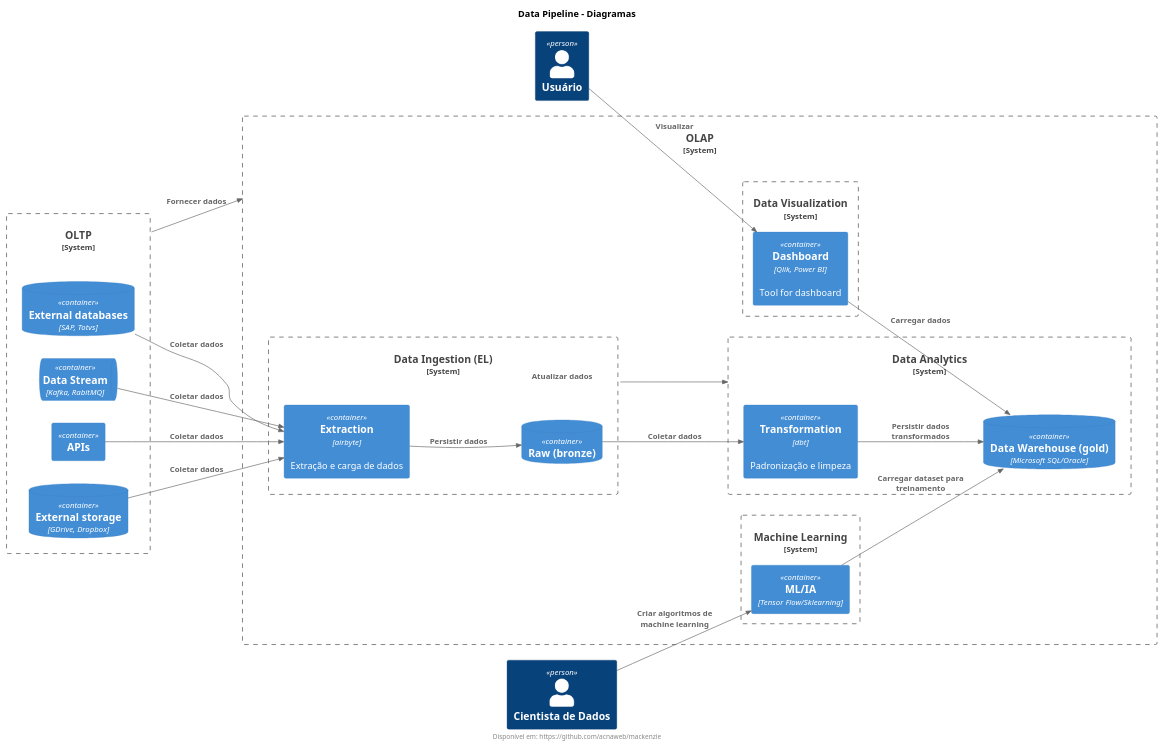
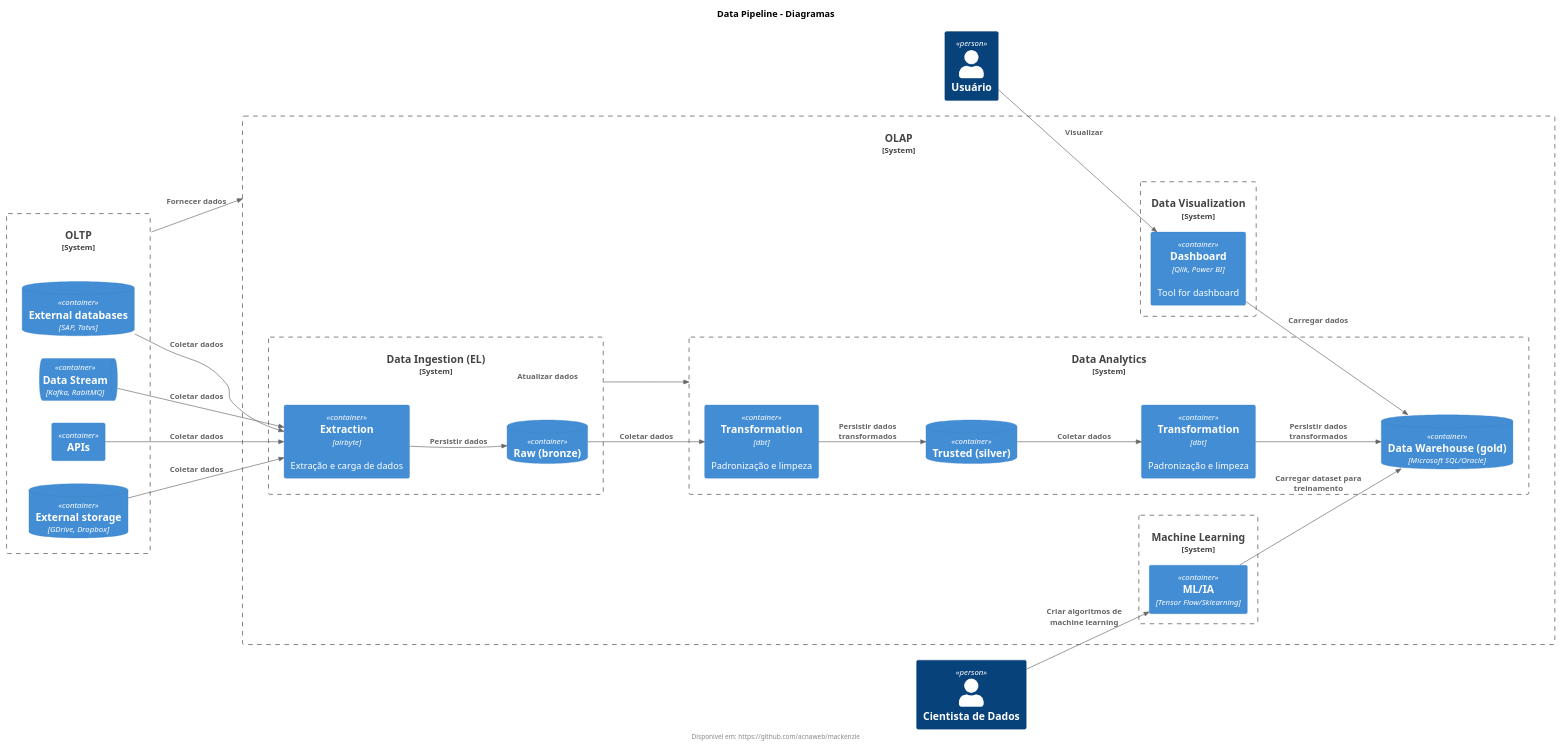
The diagram in diagrams/data_pipeline.wsd (acnaweb/mackenzie), drawn with PlantUML before and after one commit.

```diff
--- a/diagrams/data_pipeline.wsd
+++ b/diagrams/data_pipeline.wsd
@@ -1,58 +1,63 @@
 @startuml data_pipeline
 !include https://raw.githubusercontent.com/plantuml-stdlib/C4-PlantUML/master/C4_Container.puml
 title Data Pipeline - Diagramas
 footer Disponível em: https://github.com/acnaweb/mackenzie
-LAYOUT_LEFT_RIGHT()
+
+LAYOUT_LANDSCAPE()
 
 Person(user, "Usuário")
 Person(data_scientist, "Cientista de Dados")
 
 System_Boundary(olap, "OLAP") {
 
     System_Boundary(ml, "Machine Learning") {
         Container(ia, "ML/IA", "Tensor Flow/Sklearning", "")
     }
 
     System_Boundary(dataviz, "Data Visualization") {
         Container(dash, "Dashboard", "Qlik, Power BI", "Tool for dashboard")
     }
 
     System_Boundary(analytics, "Data Analytics") {
-        ContainerDb(dw, "Data Warehouse (gold)", "Microsoft SQL/Oracle")
-        Container(transformation, "Transformation", "dbt", "Padronização e limpeza")
+        ContainerDb(silver, "Trusted (silver)", "")
+        Container(transformation_bronze_silver, "Transformation", "dbt", "Padronização e limpeza")
+        
+        ContainerDb(gold, "Data Warehouse (gold)", "Microsoft SQL/Oracle")
+        Container(transformation_silver_gold, "Transformation", "dbt", "Padronização e limpeza")
     }
 
     System_Boundary(ingestion, "Data Ingestion (EL)") {
-        ContainerDb(raw, "Raw (bronze)")
+        ContainerDb(bronze, "Raw (bronze)")
         Container(extraction, "Extraction", "airbyte", "Extração e carga de dados")
     }
 }
 
 System_Boundary(oltp, "OLTP") {
     ContainerDb(external_db, "External databases", "SAP, Totvs")
     ContainerQueue(external_queue, "Data Stream", "Kafka, RabitMQ")
     Container(external_api, "APIs")
     ContainerDb(external_storage, "External storage", "GDrive, Dropbox")
 }
 
 Rel(external_db, extraction, "Coletar dados")
 Rel(external_queue, extraction, "Coletar dados")
 Rel(external_api, extraction, "Coletar dados")
 Rel(external_storage, extraction, "Coletar dados")
-Rel(extraction, raw, "Persistir dados")
+Rel(extraction, bronze, "Persistir dados")
 
 Rel(oltp, olap, "Fornecer dados")
 Rel(ingestion, analytics, "Atualizar dados")
 
+Rel(bronze, transformation_bronze_silver, "Coletar dados")
+Rel(transformation_bronze_silver, silver, "Persistir dados transformados")
+
+Rel(silver, transformation_silver_gold, "Coletar dados")
+Rel(transformation_silver_gold, gold, "Persistir dados transformados")
+
 Rel(user, dash, "Visualizar")
-Rel(dash, dw, "Carregar dados")
+Rel(dash, gold, "Carregar dados")
 
 Rel(data_scientist, ia, "Criar algoritmos de machine learning")
-Rel(ia, dw, "Carregar dataset para treinamento")
-
-Rel(transformation, dw, "Persistir dados transformados")
-Rel(raw, transformation, "Coletar dados")
-
-
+Rel(ia, gold, "Carregar dataset para treinamento")
 
 @enduml
```
